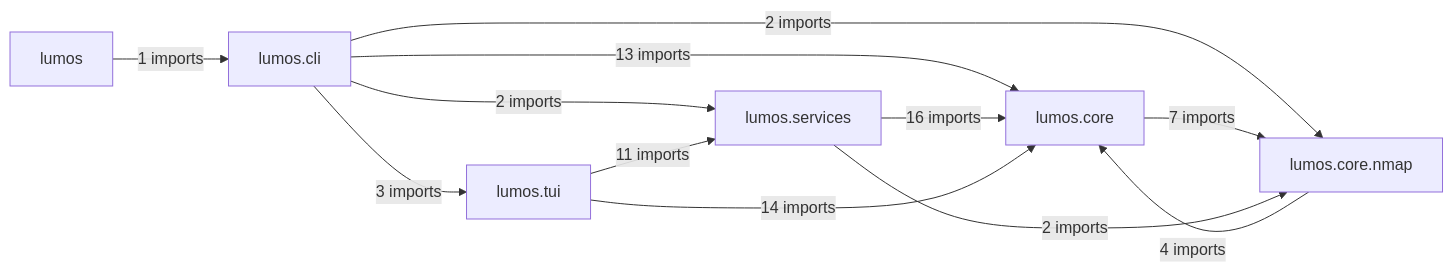
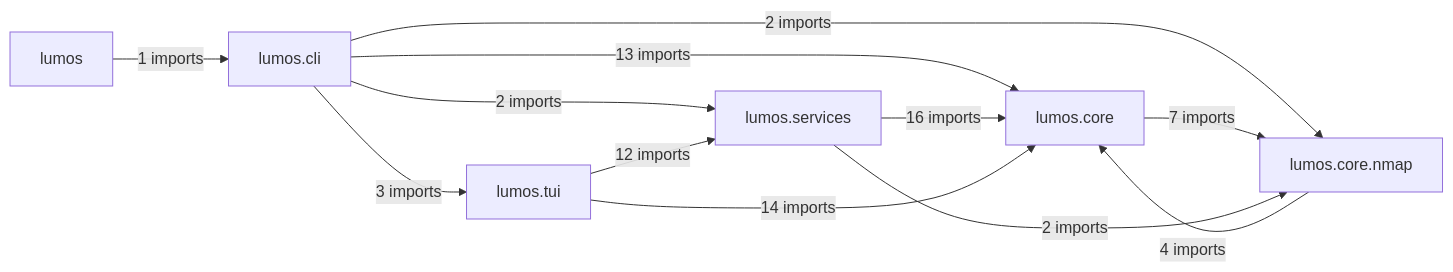
The diagram in docs/architecture/modules.md (lko47/lumos), drawn with Mermaid before and after one commit. The commit also changed other lines of this file and 9 other files, not shown here.

````diff
--- a/docs/architecture/modules.md
+++ b/docs/architecture/modules.md
@@ -7,20 +7,20 @@
 ```mermaid
 flowchart LR
     P0["lumos"]
     P1["lumos.cli"]
     P2["lumos.core"]
     P3["lumos.core.nmap"]
     P4["lumos.services"]
     P5["lumos.tui"]
     P0 -->|"1 imports"| P1
     P1 -->|"13 imports"| P2
     P1 -->|"2 imports"| P3
     P1 -->|"2 imports"| P4
     P1 -->|"3 imports"| P5
     P2 -->|"7 imports"| P3
     P3 -->|"4 imports"| P2
     P4 -->|"16 imports"| P2
     P4 -->|"2 imports"| P3
     P5 -->|"14 imports"| P2
-    P5 -->|"11 imports"| P4
+    P5 -->|"12 imports"| P4
 ```
````
